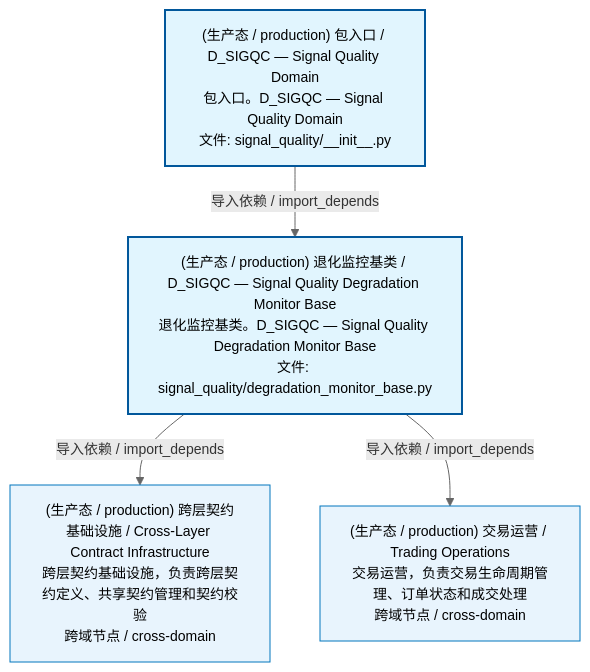
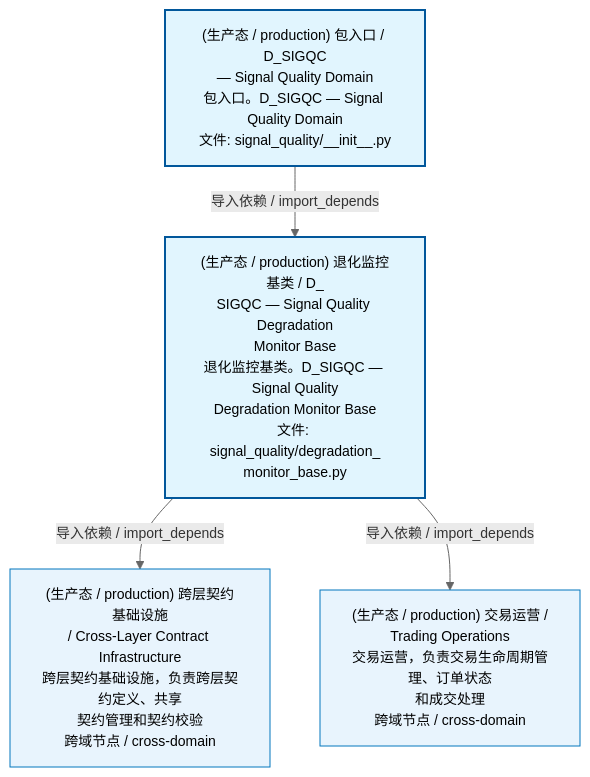
Before and after one commit to xuanFelixVan/ZephyrAlpha: the first of 3 diagrams in docs/02_enterprise_architecture/02_domain_architecture_docs/69_d_sigqc.md, drawn with Mermaid. The commit also changed other lines of this file and 59 other files, not shown here.

````diff
--- a/docs/02_enterprise_architecture/02_domain_architecture_docs/69_d_sigqc.md
+++ b/docs/02_enterprise_architecture/02_domain_architecture_docs/69_d_sigqc.md
@@ -53,17 +53,17 @@
 ```mermaid
 %%{init: {'theme': 'base', 'themeVariables': {'primaryColor': '#eaeaea', 'primaryTextColor': '#333333', 'primaryBorderColor': '#666666', 'lineColor': '#666666', 'secondaryColor': '#eaeaea', 'tertiaryColor': '#eaeaea', 'fontSize': '14px'}}}%%
 flowchart TD
-    src_zephyr_signal_quality_init_py["(生产态 / production) 包入口 / D_SIGQC — Signal Quality Domain<br/>包入口。D_SIGQC — Signal Quality Domain<br/>文件: signal_quality/__init__.py"]
-    src_zephyr_signal_quality_degradation_monitor_base_py["(生产态 / production) 退化监控基类 / D_SIGQC — Signal Quality Degradation Monitor Base<br/>退化监控基类。D_SIGQC — Signal Quality Degradation Monitor Base<br/>文件: signal_quality/degradation_monitor_base.py"]
+    src_zephyr_signal_quality_init_py["(生产态 / production) 包入口 / D_SIGQC<br/>— Signal Quality Domain<br/>包入口。D_SIGQC — Signal Quality Domain<br/>文件: signal_quality/__init__.py"]
+    src_zephyr_signal_quality_degradation_monitor_base_py["(生产态 / production) 退化监控基类 / D_<br/>SIGQC — Signal Quality Degradation<br/>Monitor Base<br/>退化监控基类。D_SIGQC — Signal Quality<br/>Degradation Monitor Base<br/>文件: signal_quality/degradation_<br/>monitor_base.py"]
     src_zephyr_signal_quality_init_py -->|导入依赖 / import_depends| src_zephyr_signal_quality_degradation_monitor_base_py
-    D_INFRASTRUCTURE["(生产态 / production) 跨层契约基础设施 / Cross-Layer Contract Infrastructure<br/>跨层契约基础设施，负责跨层契约定义、共享契约管理和契约校验<br/>跨域节点 / cross-domain"]
+    D_INFRASTRUCTURE["(生产态 / production) 跨层契约基础设施<br/>/ Cross-Layer Contract Infrastructure<br/>跨层契约基础设施，负责跨层契约定义、共享<br/>契约管理和契约校验<br/>跨域节点 / cross-domain"]
     src_zephyr_signal_quality_degradation_monitor_base_py -->|导入依赖 / import_depends| D_INFRASTRUCTURE
-    D_TRADING["(生产态 / production) 交易运营 / Trading Operations<br/>交易运营，负责交易生命周期管理、订单状态和成交处理<br/>跨域节点 / cross-domain"]
+    D_TRADING["(生产态 / production) 交易运营 /<br/>Trading Operations<br/>交易运营，负责交易生命周期管理、订单状态<br/>和成交处理<br/>跨域节点 / cross-domain"]
     src_zephyr_signal_quality_degradation_monitor_base_py -->|导入依赖 / import_depends| D_TRADING
     classDef production fill:#e1f5fe,stroke:#01579b,stroke-width:2px,color:#000
     classDef design fill:#fff3e0,stroke:#e65100,stroke-width:2px,color:#000,stroke-dasharray: 5 5
     classDef external_prod fill:#e8f4fd,stroke:#0277bd,stroke-width:1px,color:#000
     classDef external_design fill:#fff8e7,stroke:#ef6c00,stroke-width:1px,color:#000,stroke-dasharray: 5 5
     class src_zephyr_signal_quality_init_py,src_zephyr_signal_quality_degradation_monitor_base_py production
     class D_INFRASTRUCTURE,D_TRADING external_prod
 ```
````
